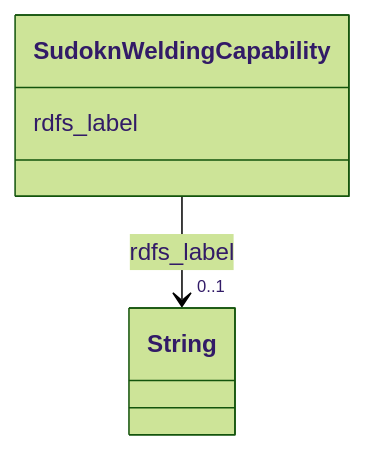
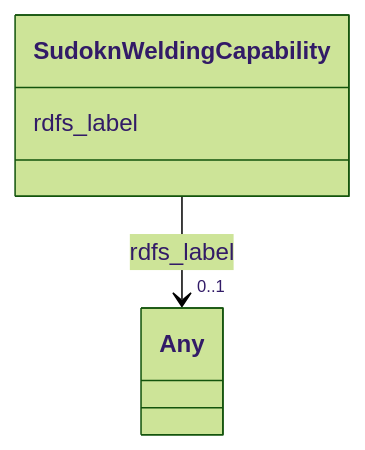
One commit to frink-okn/graph-descriptions changed the diagram in sudokn-kg/classes/SudoknWeldingCapability.md. Above: the diagram before and after it, drawn with Mermaid (forest theme). The commit also changed other lines of this file and 903 other files, not shown here.

````diff
--- a/sudokn-kg/classes/SudoknWeldingCapability.md
+++ b/sudokn-kg/classes/SudoknWeldingCapability.md
@@ -23,15 +18,15 @@
 ```mermaid
  classDiagram
     class SudoknWeldingCapability
     click SudoknWeldingCapability href "../SudoknWeldingCapability"
       SudoknWeldingCapability : rdfs_label
         
           
     
     
-    SudoknWeldingCapability --> "0..1" String : rdfs_label
-    click String href "../String"
+    SudoknWeldingCapability --> "0..1" Any : rdfs_label
+    click Any href "../Any"
 
         
       
 ```
````
